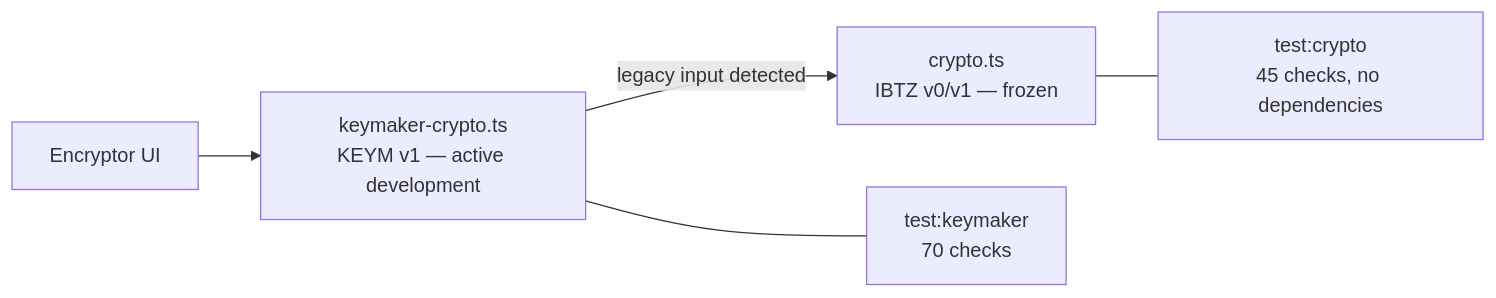
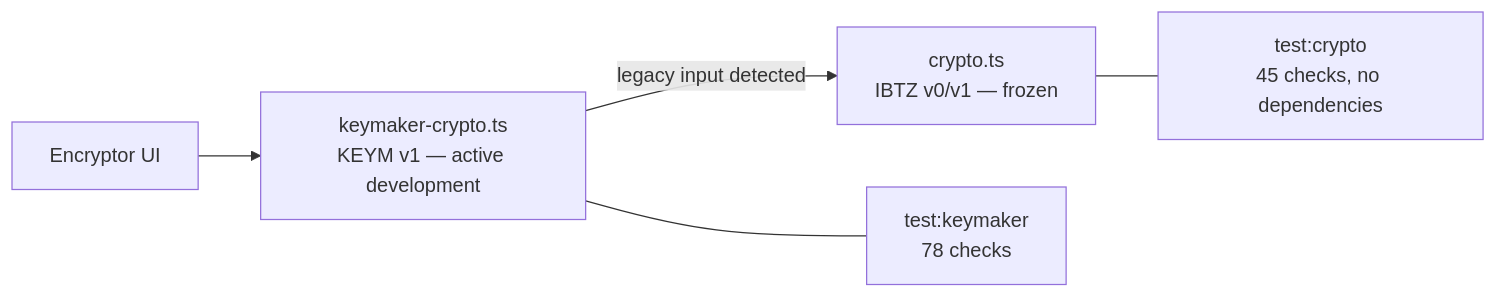
One commit to 404SecNotFound/Keymaker-v2 changed the seventh of 8 diagrams in docs/HOW-IT-WORKS.md. Above: the diagram before and after it, drawn with Mermaid. The commit also changed 6 other files, not shown here.

````diff
--- a/docs/HOW-IT-WORKS.md
+++ b/docs/HOW-IT-WORKS.md
@@ -295,7 +295,7 @@
 ```mermaid
 flowchart LR
     ui["Encryptor UI"] --> km["keymaker-crypto.ts<br/>KEYM v1 — active development"]
     km -->|"legacy input detected"| frozen["crypto.ts<br/>IBTZ v0/v1 — frozen"]
-    km --- kmt["test:keymaker<br/>70 checks"]
+    km --- kmt["test:keymaker<br/>78 checks"]
     frozen --- ft["test:crypto<br/>45 checks, no dependencies"]
 ```
````
